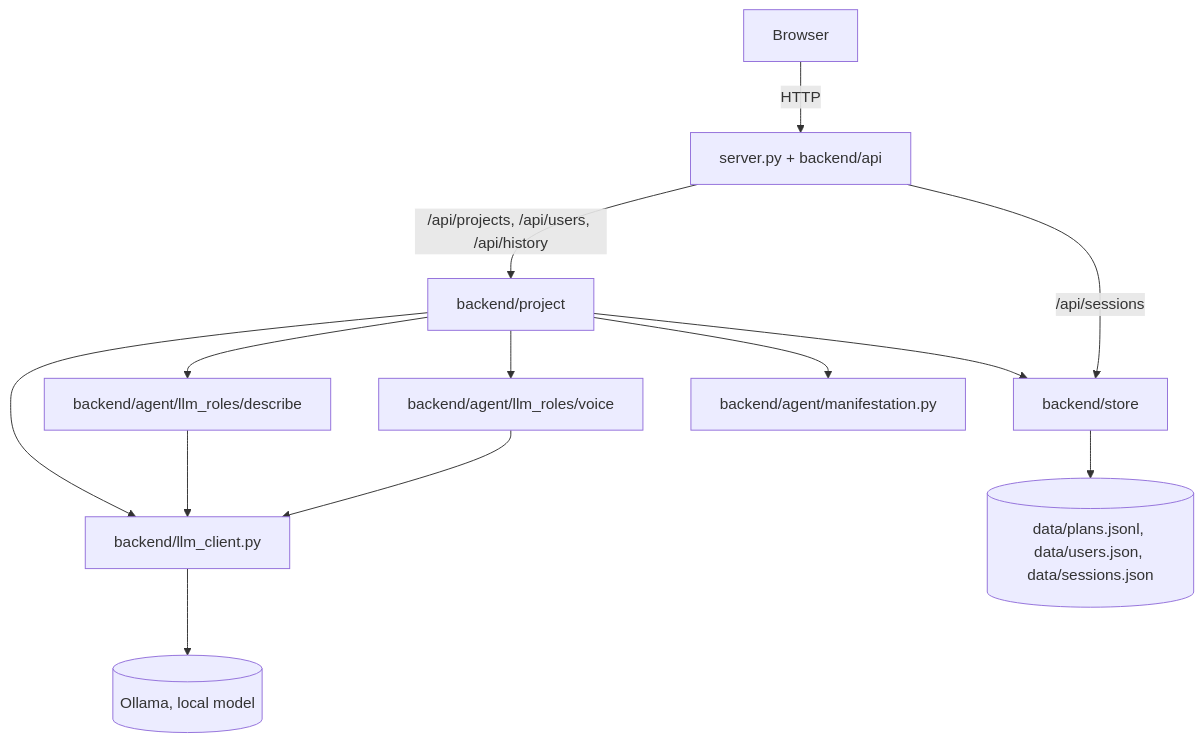
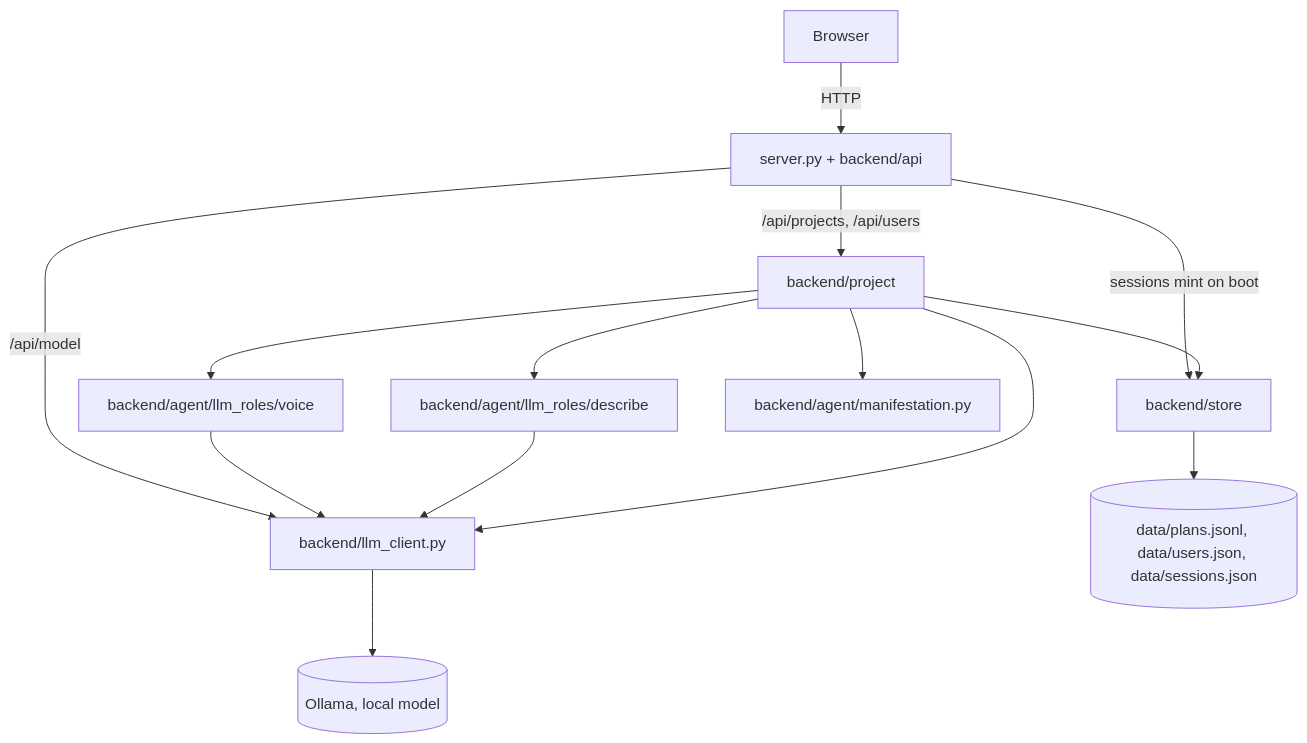
One commit to olajmn/PROJECT1 changed the diagram in docs/04-current-state.md. Above: the diagram before and after it, drawn with Mermaid. The commit also changed other lines of this file and 52 other files, not shown here.

````diff
--- a/docs/04-current-state.md
+++ b/docs/04-current-state.md
@@ -67,15 +68,16 @@
 ```mermaid
 graph TD
     Browser -->|HTTP| Server["server.py + backend/api"]
-    Server -->|"/api/projects, /api/users, /api/history"| Planning["backend/project"]
-    Server -->|"/api/sessions"| Store["backend/store"]
+    Server -->|"/api/projects, /api/users"| Planning["backend/project"]
+    Server -->|"/api/model"| ModelBoundary["backend/llm_client.py"]
+    Server -->|"sessions mint on boot"| Store["backend/store"]
     Planning --> N1["backend/agent/llm_roles/voice"]
     Planning --> N2["backend/agent/llm_roles/describe"]
     Planning --> Manifestation["backend/agent/manifestation.py"]
     Planning --> Store
-    N1 --> ModelBoundary["backend/llm_client.py"]
+    N1 --> ModelBoundary
     N2 --> ModelBoundary
     Planning --> ModelBoundary
     ModelBoundary --> Ollama[("Ollama, local model")]
     Store --> Data[("data/plans.jsonl, data/users.json, data/sessions.json")]
 ```
````
